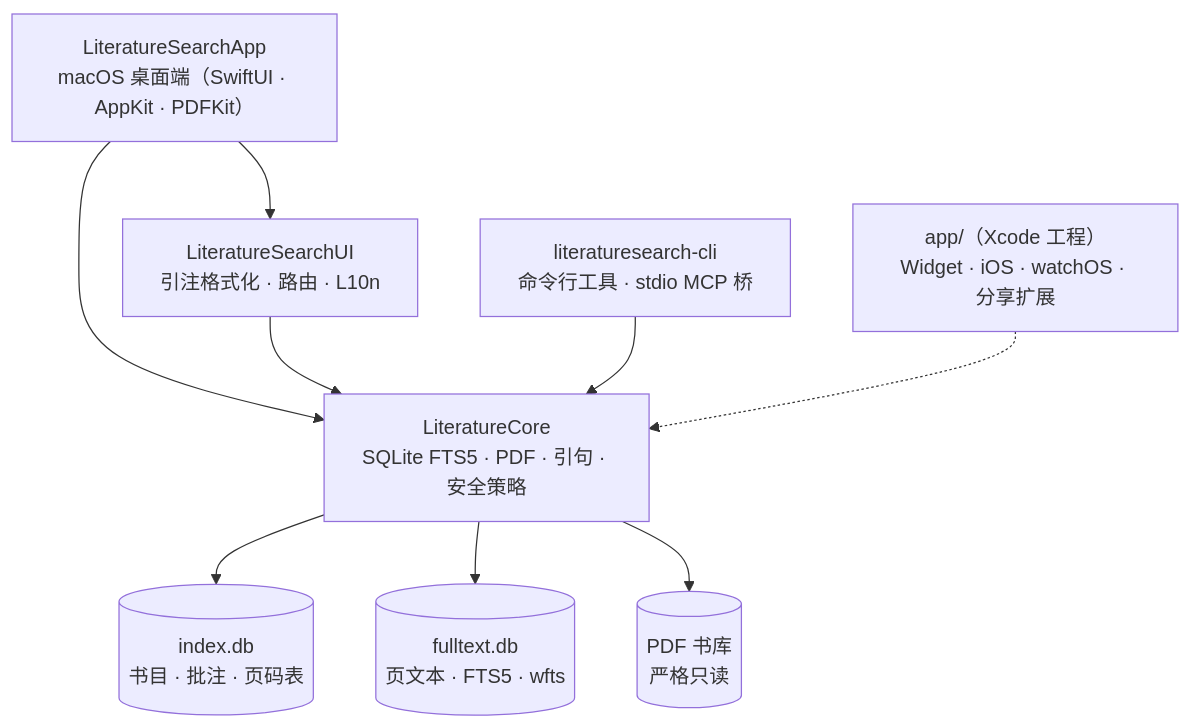
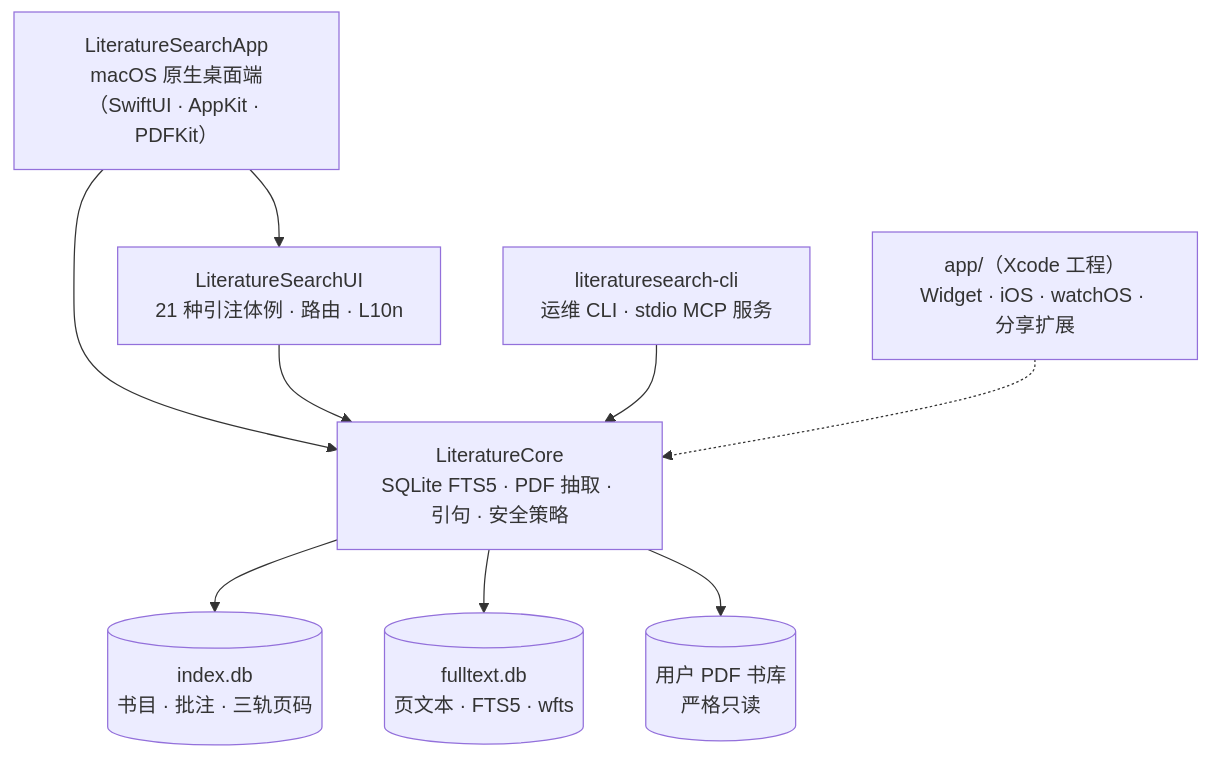
The diagram in README.zh-CN.md (liangsiweiethan-wq/pincite), drawn with Mermaid before and after one commit. The commit also changed other lines of this file and 2 other files, not shown here.

Commit message:
docs: upgrade bilingual community launch kit and polish Chinese README

````diff
--- a/README.zh-CN.md
+++ b/README.zh-CN.md
@@ -88,11 +89,11 @@
 ```mermaid
 flowchart TD
-  App["LiteratureSearchApp<br/>macOS 桌面端（SwiftUI · AppKit · PDFKit）"] --> UI["LiteratureSearchUI<br/>引注格式化 · 路由 · L10n"]
+  App["LiteratureSearchApp<br/>macOS 原生桌面端（SwiftUI · AppKit · PDFKit）"] --> UI["LiteratureSearchUI<br/>21 种引注体例 · 路由 · L10n"]
   App --> Core
-  UI --> Core["LiteratureCore<br/>SQLite FTS5 · PDF · 引句 · 安全策略"]
-  CLI["literaturesearch-cli<br/>命令行工具 · stdio MCP 桥"] --> Core
+  UI --> Core["LiteratureCore<br/>SQLite FTS5 · PDF 抽取 · 引句 · 安全策略"]
+  CLI["literaturesearch-cli<br/>运维 CLI · stdio MCP 服务"] --> Core
   Xcode["app/（Xcode 工程）<br/>Widget · iOS · watchOS · 分享扩展"] -.-> Core
-  Core --> MetaDB[("index.db<br/>书目 · 批注 · 页码表")]
+  Core --> MetaDB[("index.db<br/>书目 · 批注 · 三轨页码")]
   Core --> FullDB[("fulltext.db<br/>页文本 · FTS5 · wfts")]
-  Core --> PDFs[("PDF 书库<br/>严格只读")]
+  Core --> PDFs[("用户 PDF 书库<br/>严格只读")]
 ```
````
